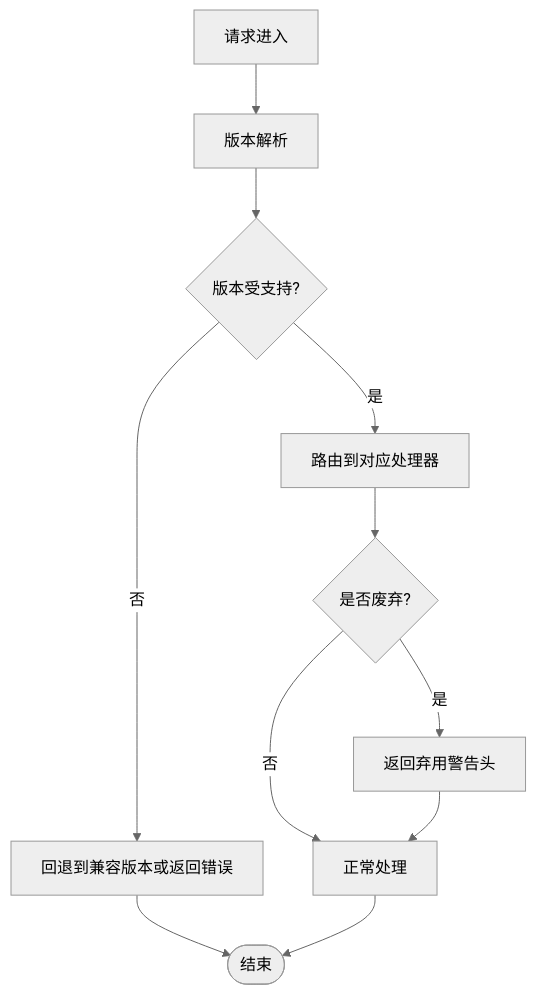
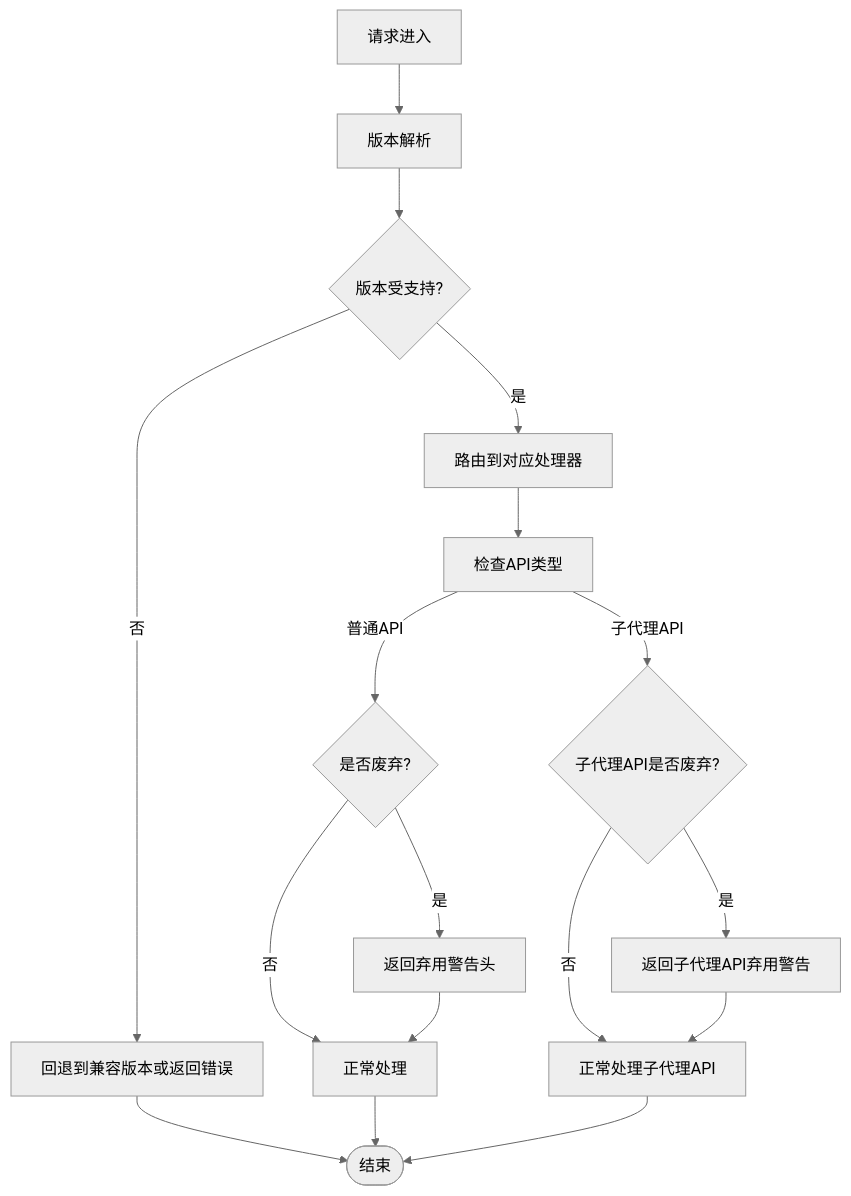
One commit to kkutysllb/KCoder changed the seventh of 9 diagrams in .qoder/repowiki/zh/content/AI对话系统/引擎API集成.md. Above: the diagram before and after it, drawn with Mermaid (neutral theme). The commit also changed other lines of this file and 127 other files, not shown here.

````diff
--- a/.qoder/repowiki/zh/content/AI对话系统/引擎API集成.md
+++ b/.qoder/repowiki/zh/content/AI对话系统/引擎API集成.md
@@ -382,13 +452,19 @@
 ```mermaid
 flowchart TD
 Req["请求进入"] --> Ver["版本解析"]
 Ver --> Check{"版本受支持?"}
 Check --> |否| Fallback["回退到兼容版本或返回错误"]
 Check --> |是| Route["路由到对应处理器"]
-Route --> Deprecation{"是否废弃?"}
+Route --> Type["检查API类型"]
+Type --> |普通API| Deprecation{"是否废弃?"}
+Type --> |子代理API| SubDeprecation{"子代理API是否废弃?"}
 Deprecation --> |是| Warn["返回弃用警告头"]
 Deprecation --> |否| Ok["正常处理"]
+SubDeprecation --> |是| SubWarn["返回子代理API弃用警告"]
+SubDeprecation --> |否| SubOk["正常处理子代理API"]
 Warn --> Ok
+SubWarn --> SubOk
 Fallback --> End(["结束"])
 Ok --> End
+SubOk --> End
 ```
````
